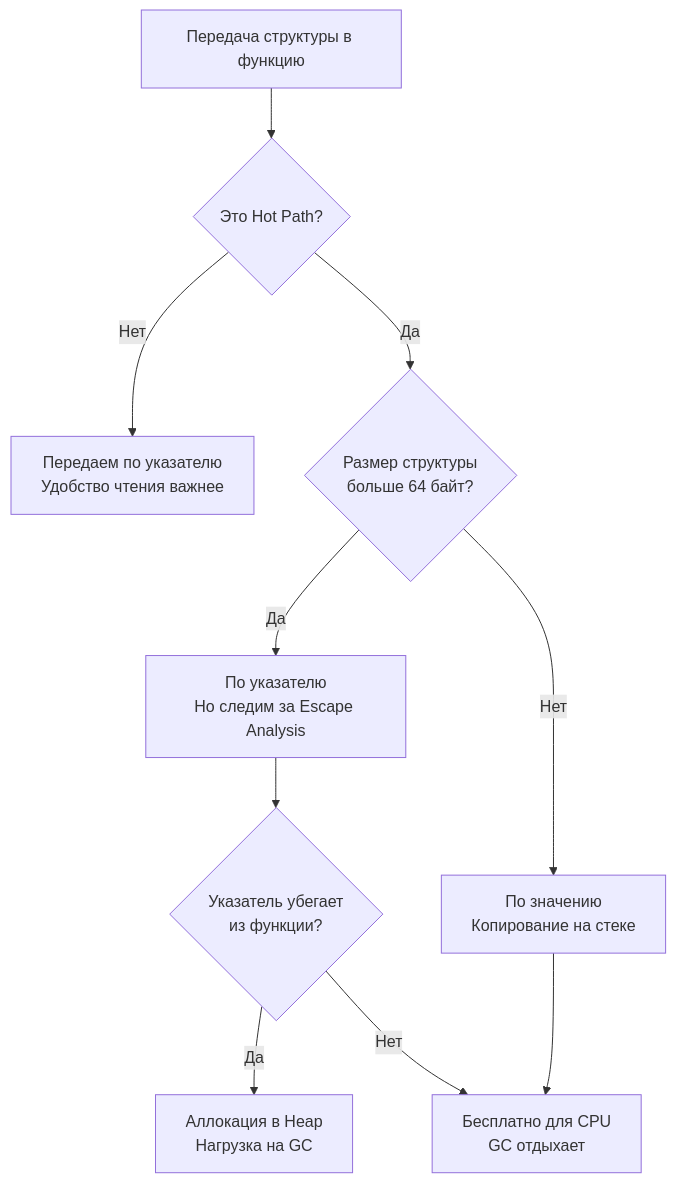
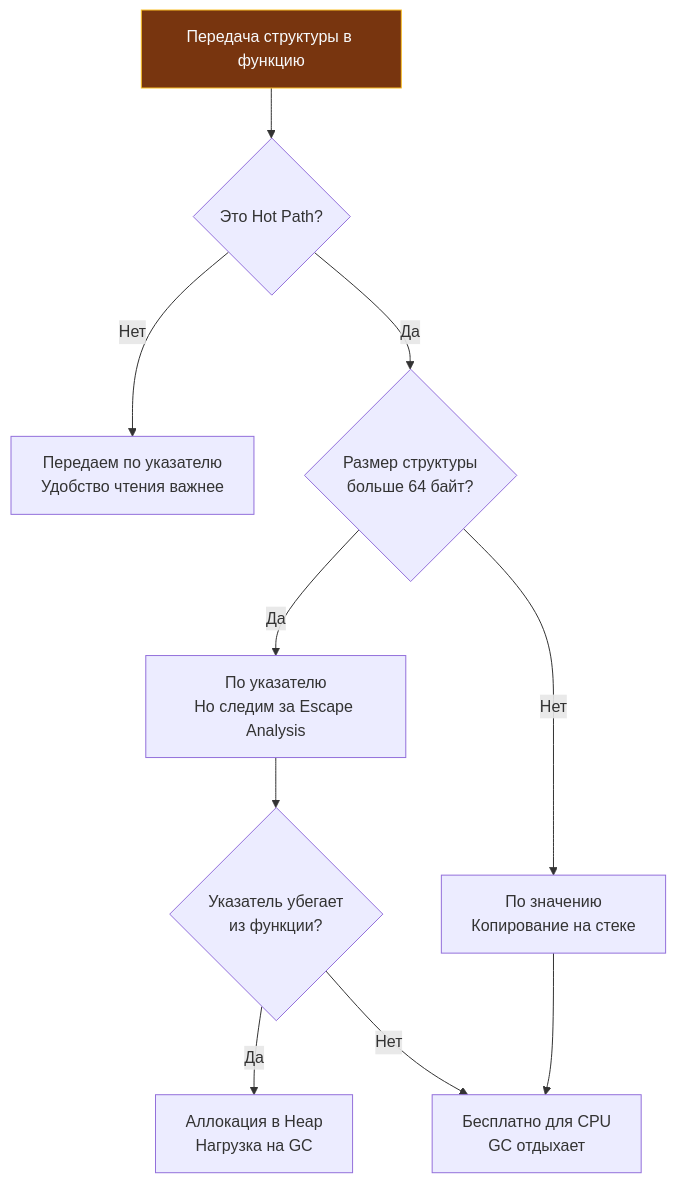
One commit to UnrealTemplier/go-textbook changed the diagram in sources/7. Глубокий Go (Внутреннее устройство)/19. Escape Analysis на практике. Как писать меньше аллокаций.md. Above: the diagram before and after it, drawn with Mermaid. The commit also changed 1666 other files, not shown here.

First line of the commit message:
feat(mermaid): add semantic color classDef to 1369 colorless flowchart/graph diagrams

````diff
--- a/sources/7. Глубокий Go (Внутреннее устройство)/19. Escape Analysis на практике. Как писать меньше аллокаций.md
+++ b/sources/7. Глубокий Go (Внутреннее устройство)/19. Escape Analysis на практике. Как писать меньше аллокаций.md
@@ -31,15 +31,25 @@
 ```mermaid
 flowchart TD
-    START["Передача структуры в функцию"] --> HOT_PATH{"Это Hot Path?"}
+    classDef process  fill:#1e293b,stroke:#38bdf8,stroke-width:1px,color:#f8fafc
+    classDef success  fill:#064e3b,stroke:#34d399,stroke-width:1px,color:#f8fafc
+    classDef error    fill:#7f1d1d,stroke:#f87171,stroke-width:1px,color:#f8fafc
+    classDef warning  fill:#78350f,stroke:#fbbf24,stroke-width:1px,color:#f8fafc
+    classDef entry    fill:#1e3a5f,stroke:#38bdf8,stroke-width:2px,color:#f8fafc
+    classDef aux      fill:#334155,stroke:#64748b,stroke-width:1px,color:#f8fafc
+    classDef system   fill:#312e81,stroke:#a78bfa,stroke-width:1px,color:#f8fafc
+    classDef data     fill:#132d29,stroke:#2dd4bf,stroke-width:1px,color:#f8fafc
+    classDef network  fill:#881337,stroke:#fb7185,stroke-width:1px,color:#f8fafc
+    classDef accent   fill:#1e1b4b,stroke:#818cf8,stroke-width:1px,color:#f8fafc
+    START["Передача структуры в функцию"]:::warning --> HOT_PATH{"Это Hot Path?"}
     HOT_PATH -->|"Нет"| POINTER["Передаем по указателю<br>Удобство чтения важнее"]
     HOT_PATH -->|"Да"| SIZE_CHECK{"Размер структуры<br>больше 64 байт?"}
     
     SIZE_CHECK -->|"Да"| POINTER_CAREFUL["По указателю<br>Но следим за Escape Analysis"]
     SIZE_CHECK -->|"Нет"| VALUE["По значению<br>Копирование на стеке"]
     
     VALUE --> ZERO_ALLOC["Бесплатно для CPU<br>GC отдыхает"]
     POINTER_CAREFUL --> ESCAPE_CHECK{"Указатель убегает<br>из функции?"}
     
     ESCAPE_CHECK -->|"Да"| HEAP["Аллокация в Heap<br>Нагрузка на GC"]
     ESCAPE_CHECK -->|"Нет"| ZERO_ALLOC
 ```
````
